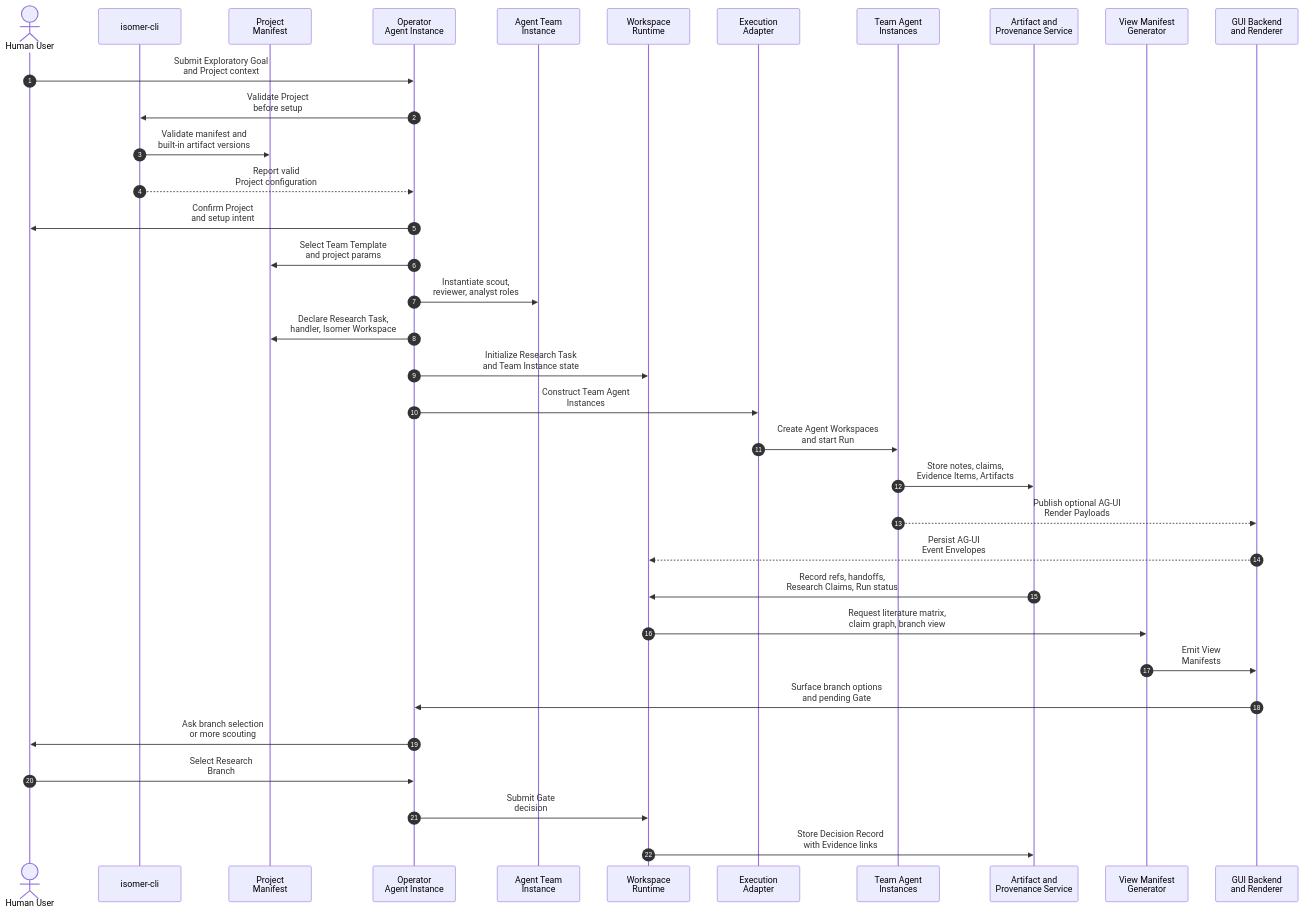
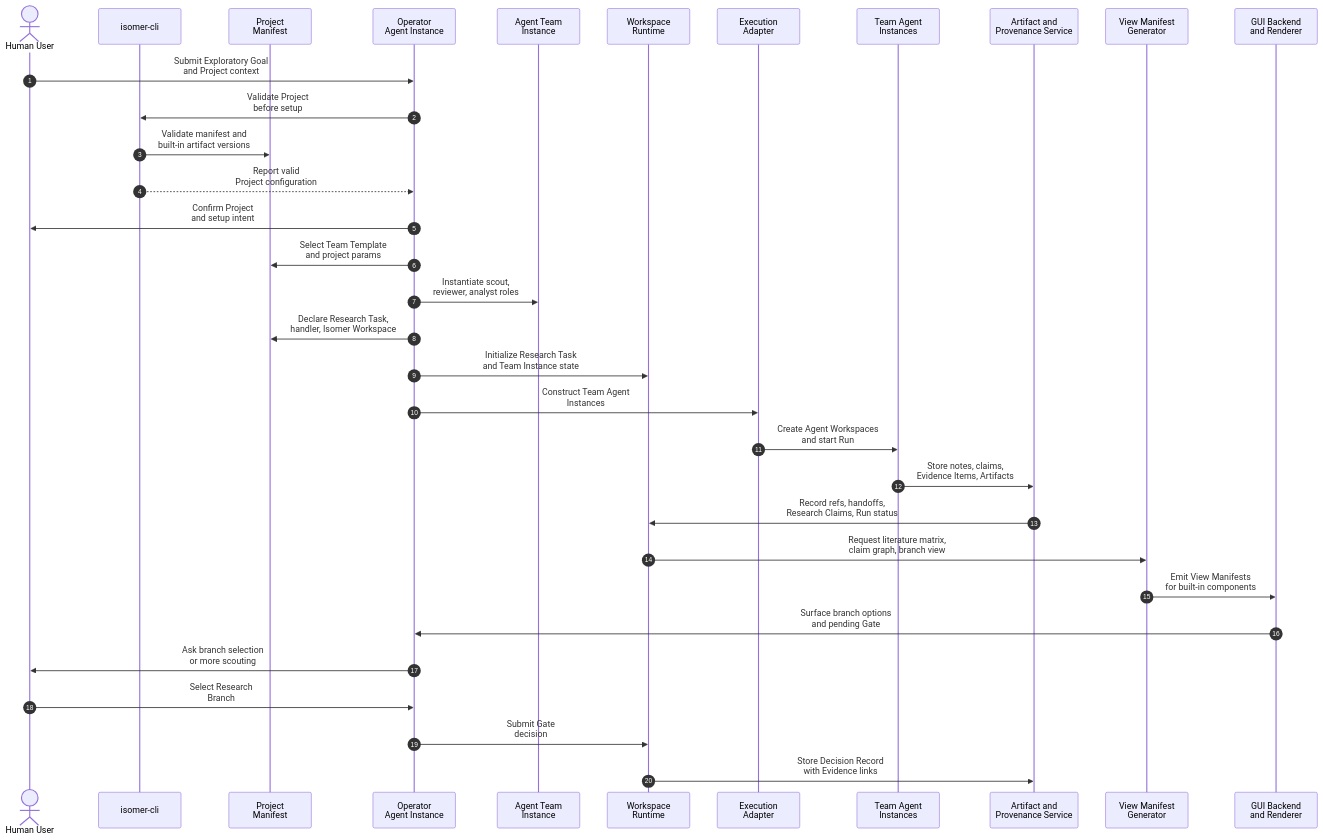
The second of 2 diagrams in .imsight-arts/project-explore/use-cases/uc-01-explore-new-research-direction.md (CodeGandee/isomer-labs), drawn with Mermaid before and after one commit. The commit also changed other lines of this file and 5 other files, not shown here.

````diff
--- a/.imsight-arts/project-explore/use-cases/uc-01-explore-new-research-direction.md
+++ b/.imsight-arts/project-explore/use-cases/uc-01-explore-new-research-direction.md
@@ -83,38 +83,36 @@
 ```mermaid
 sequenceDiagram
   autonumber
   actor User as Human User
   participant CLI as isomer-cli
   participant PM as Project<br/>Manifest
   participant Operator as Operator<br/>Agent Instance
   participant Team as Agent Team<br/>Instance
   participant Runtime as Workspace<br/>Runtime
   participant Adapter as Execution<br/>Adapter
   participant Agents as Team Agent<br/>Instances
   participant Provenance as Artifact and<br/>Provenance Service
   participant Views as View Manifest<br/>Generator
   participant GUI as GUI Backend<br/>and Renderer
 
   User->>Operator: Submit Exploratory Goal<br/>and Project context
   Operator->>CLI: Validate Project<br/>before setup
   CLI->>PM: Validate manifest and<br/>built-in artifact versions
   CLI-->>Operator: Report valid<br/>Project configuration
   Operator->>User: Confirm Project<br/>and setup intent
   Operator->>PM: Select Team Template<br/>and project params
   Operator->>Team: Instantiate scout,<br/>reviewer, analyst roles
   Operator->>PM: Declare Research Task,<br/>handler, Isomer Workspace
   Operator->>Runtime: Initialize Research Task<br/>and Team Instance state
   Operator->>Adapter: Construct Team Agent<br/>Instances
   Adapter->>Agents: Create Agent Workspaces<br/>and start Run
   Agents->>Provenance: Store notes, claims,<br/>Evidence Items, Artifacts
-  Agents-->>GUI: Publish optional AG-UI<br/>Render Payloads
-  GUI-->>Runtime: Persist AG-UI<br/>Event Envelopes
   Provenance->>Runtime: Record refs, handoffs,<br/>Research Claims, Run status
   Runtime->>Views: Request literature matrix,<br/>claim graph, branch view
-  Views->>GUI: Emit View<br/>Manifests
+  Views->>GUI: Emit View Manifests<br/>for built-in components
   GUI->>Operator: Surface branch options<br/>and pending Gate
   Operator->>User: Ask branch selection<br/>or more scouting
   User->>Operator: Select Research<br/>Branch
   Operator->>Runtime: Submit Gate<br/>decision
   Runtime->>Provenance: Store Decision Record<br/>with Evidence links
 ```
````
